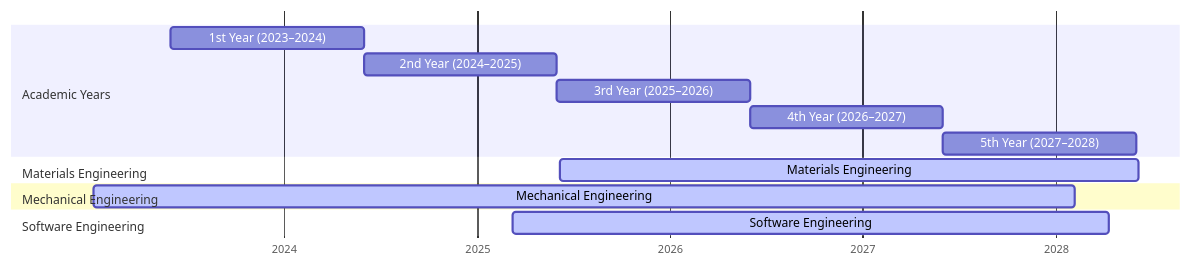
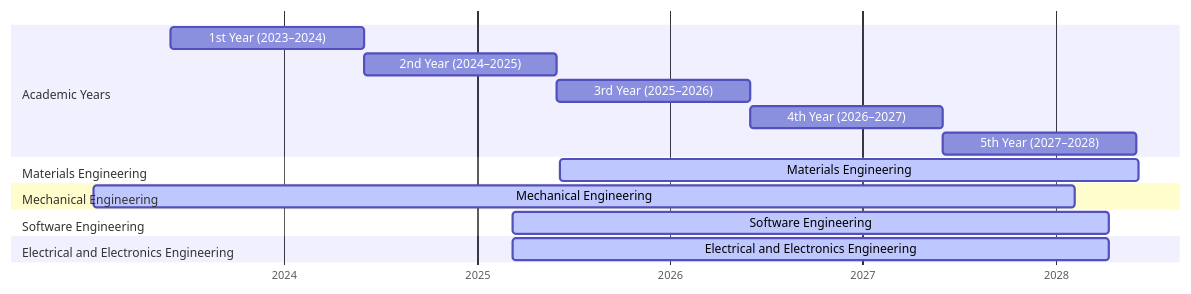
One commit to delblerferreromorgan/delblerferreromorgan changed the first of 3 diagrams in README.md. Above: the diagram before and after it, drawn with Mermaid.

````diff
--- a/README.md
+++ b/README.md
@@ -48,22 +48,26 @@
 ```mermaid
 gantt
     dateFormat  YYYY-MM-DD
     axisFormat  %Y
 
 
     section Academic Years
     1st Year (2023–2024)        :a1, 2023-06-01, 2024-06-01
     2nd Year (2024–2025)        :a2, 2024-06-01, 2025-06-01
     3rd Year (2025–2026)        :a3, 2025-06-01, 2026-06-01
     4th Year (2026–2027)        :a4, 2026-06-01, 2027-06-01
     5th Year (2027–2028)        :a5, 2027-06-01, 2028-06-01
 
     section Materials Engineering
     Materials Engineering       :active, materials, 2025-06-06, 2028-06-06
 
     section Mechanical Engineering
     Mechanical Engineering      :active, mechanical, 2023-01-06, 2028-02-06
 
     section Software Engineering
     Software Engineering        :active, software, 2025-03-10, 2028-04-10
+
+    section Electrical and Electronics Engineering
+    Electrical and Electronics Engineering        :active, software, 2025-03-10, 2028-04-10
+
 ```
````
